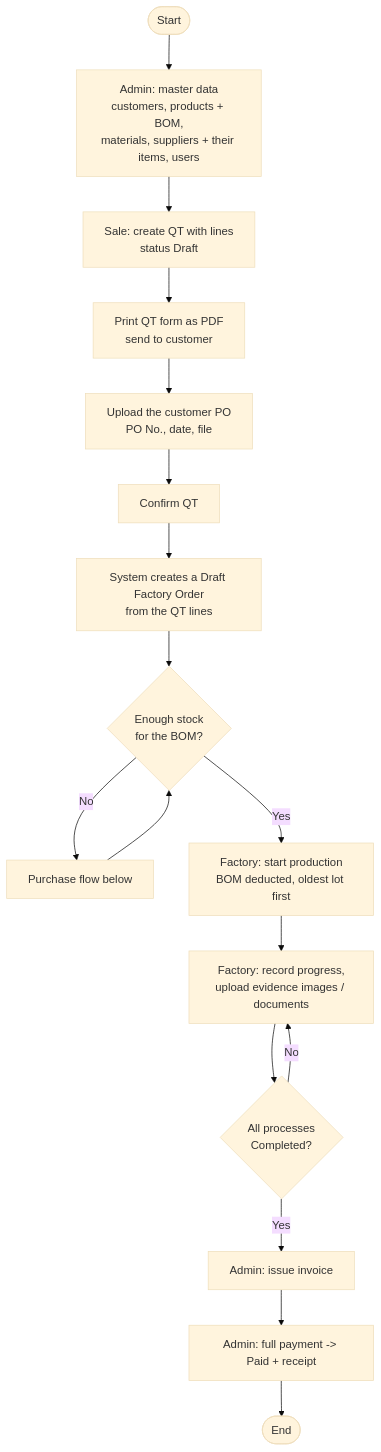
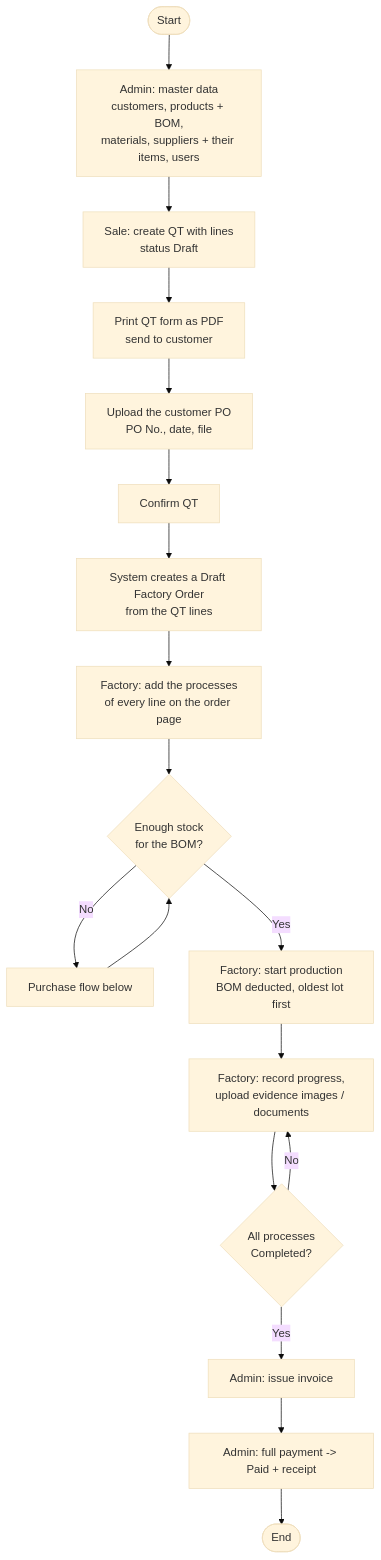
Before and after one commit to Detmon0410/Base_Sample_ERP: the first of 9 diagrams in ProjectdocInfo/Flow Chart.md, drawn with Mermaid (base theme). The commit also changed other lines of this file and 6 other files, not shown here.

Commit message:
ProjectdocInfo: the diagrams follow the code (the Factory adds the processes, no Today page, 23 tables, columns of the ER)

````diff
--- a/ProjectdocInfo/Flow Chart.md
+++ b/ProjectdocInfo/Flow Chart.md
@@ -7,18 +7,19 @@
 ```mermaid
 flowchart TD
     A([Start]) --> B[Admin: master data<br/>customers, products + BOM,<br/>materials, suppliers + their items, users]
     B --> C[Sale: create QT with lines<br/>status Draft]
     C --> D[Print QT form as PDF<br/>send to customer]
     D --> E[Upload the customer PO<br/>PO No., date, file]
     E --> F[Confirm QT]
     F --> G[System creates a Draft Factory Order<br/>from the QT lines]
-    G --> H{Enough stock<br/>for the BOM?}
+    G --> G1[Factory: add the processes<br/>of every line on the order page]
+    G1 --> H{Enough stock<br/>for the BOM?}
     H -- No --> P1[Purchase flow below] --> H
     H -- Yes --> I[Factory: start production<br/>BOM deducted, oldest lot first]
     I --> J[Factory: record progress,<br/>upload evidence images / documents]
     J --> K{All processes<br/>Completed?}
     K -- No --> J
     K -- Yes --> L[Admin: issue invoice]
     L --> M[Admin: full payment -> Paid + receipt]
     M --> N([End])
 ```
````
